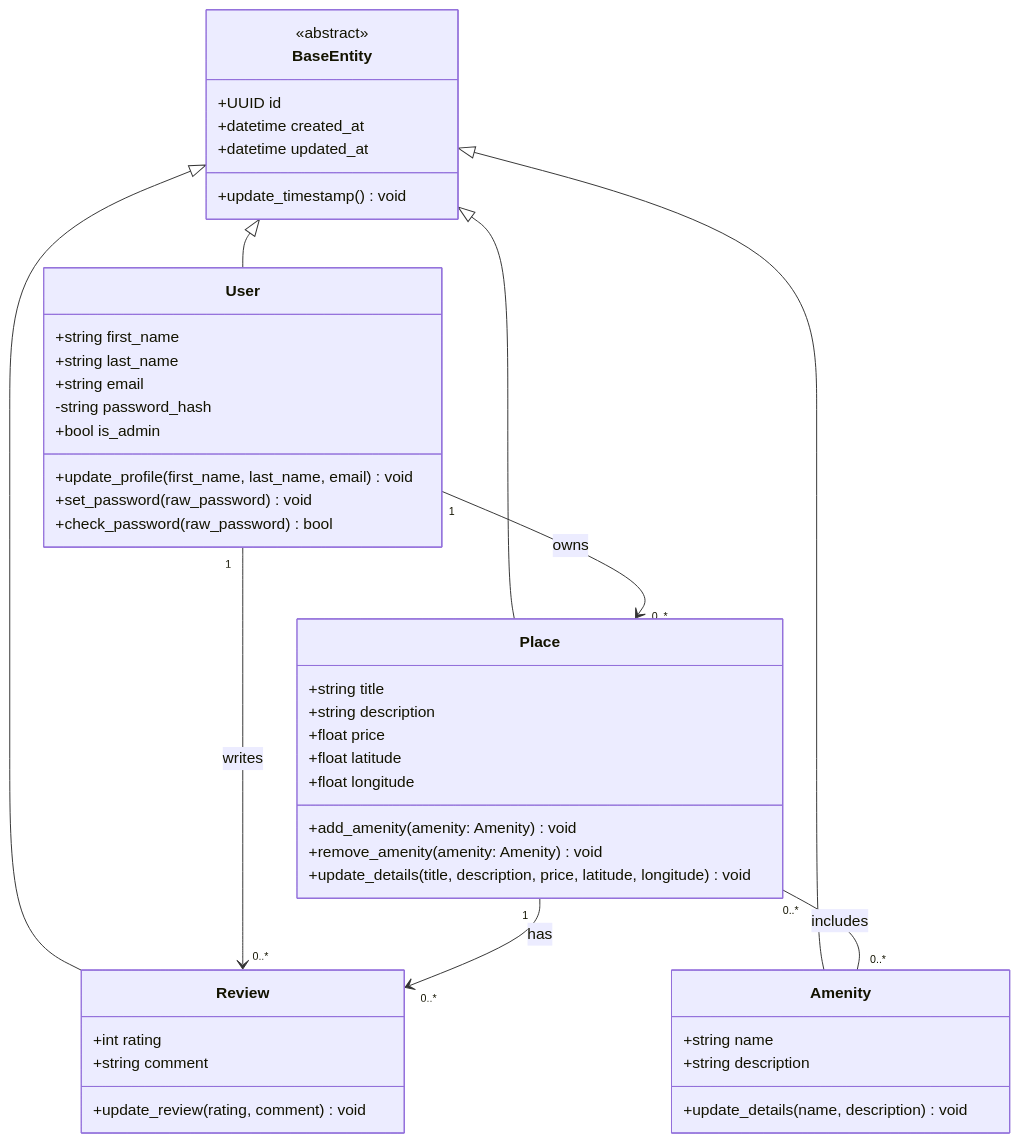
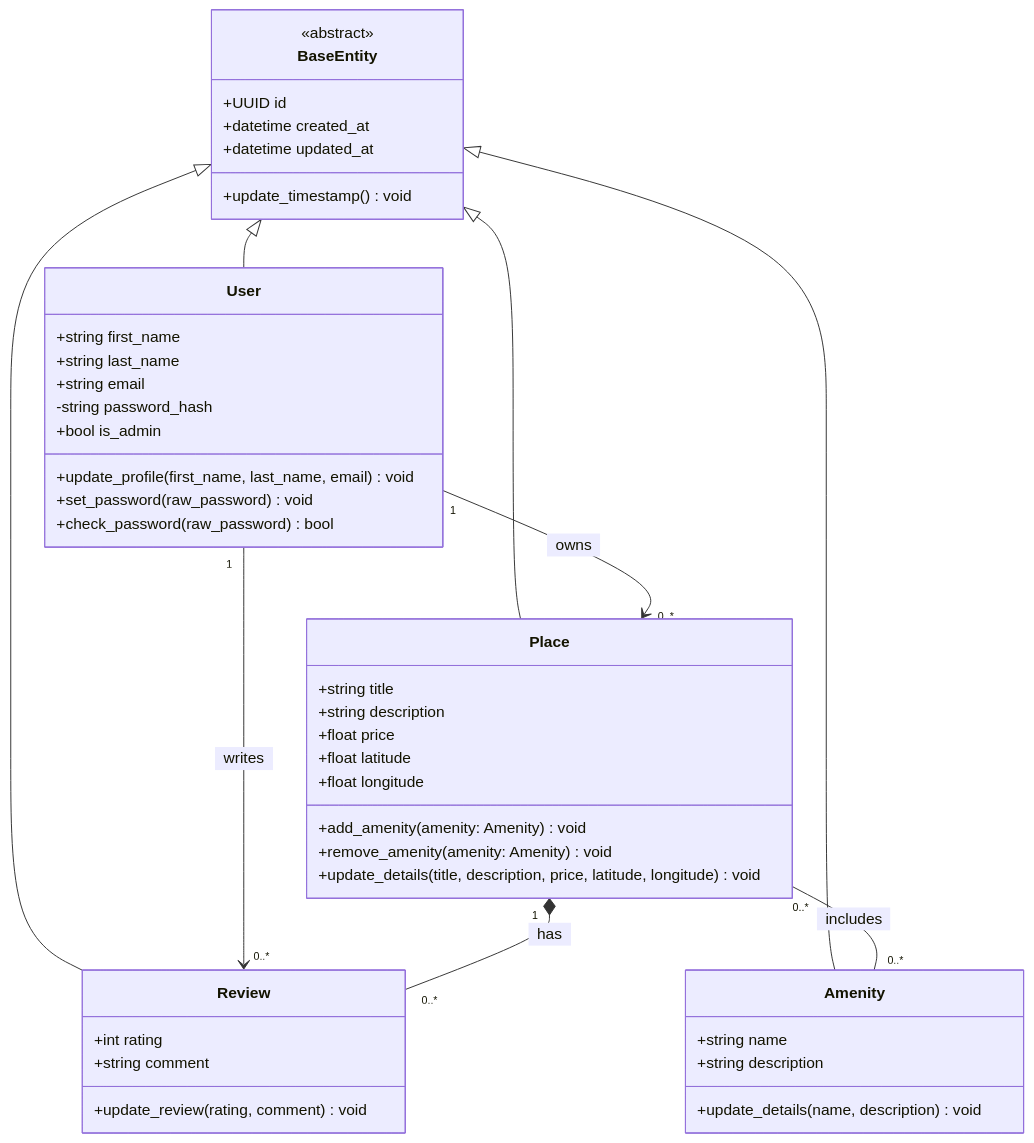
One commit to Aythann/holbertonschool-hbnb changed the diagram in part1/02_class_diagram.mmd. Above: the diagram before and after it, drawn with Mermaid.

Commit message:
Update class diagram : add & fix relations

```diff
--- a/part1/02_class_diagram.mmd
+++ b/part1/02_class_diagram.mmd
@@ -1,54 +1,54 @@
 classDiagram
 
 class BaseEntity {
   <<abstract>>
   +UUID id
   +datetime created_at
   +datetime updated_at
   +update_timestamp() void
 }
 
 class User {
   +string first_name
   +string last_name
   +string email
   -string password_hash
   +bool is_admin
   +update_profile(first_name, last_name, email) void
   +set_password(raw_password) void
   +check_password(raw_password) bool
 }
 
 class Place {
   +string title
   +string description
   +float price
   +float latitude
   +float longitude
   +add_amenity(amenity: Amenity) void
   +remove_amenity(amenity: Amenity) void
   +update_details(title, description, price, latitude, longitude) void
 }
 
 class Review {
   +int rating
   +string comment
   +update_review(rating, comment) void
 }
 
 class Amenity {
   +string name
   +string description
   +update_details(name, description) void
 }
 
 BaseEntity <|-- User
 BaseEntity <|-- Place
 BaseEntity <|-- Review
 BaseEntity <|-- Amenity
 
-User "1" --> "0..*" Place : owns
-User "1" --> "0..*" Review : writes
-Place "1" --> "0..*" Review : has
+User "1" --> "0..*" Place : &nbsp owns &nbsp
+User "1" --> "0..*" Review : &nbsp writes &nbsp
 
-Place "0..*" -- "0..*" Amenity : includes
+Place "1" *-- "0..*" Review : &nbsp has &nbsp
+Place "0..*" -- "0..*" Amenity : &nbsp includes &nbsp
```
